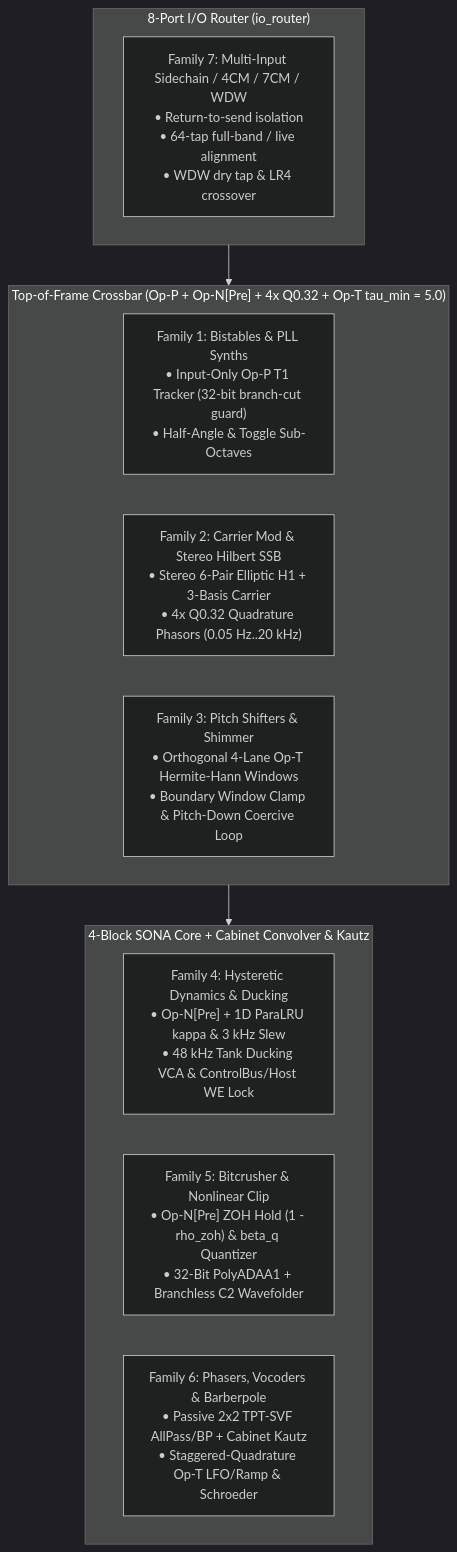
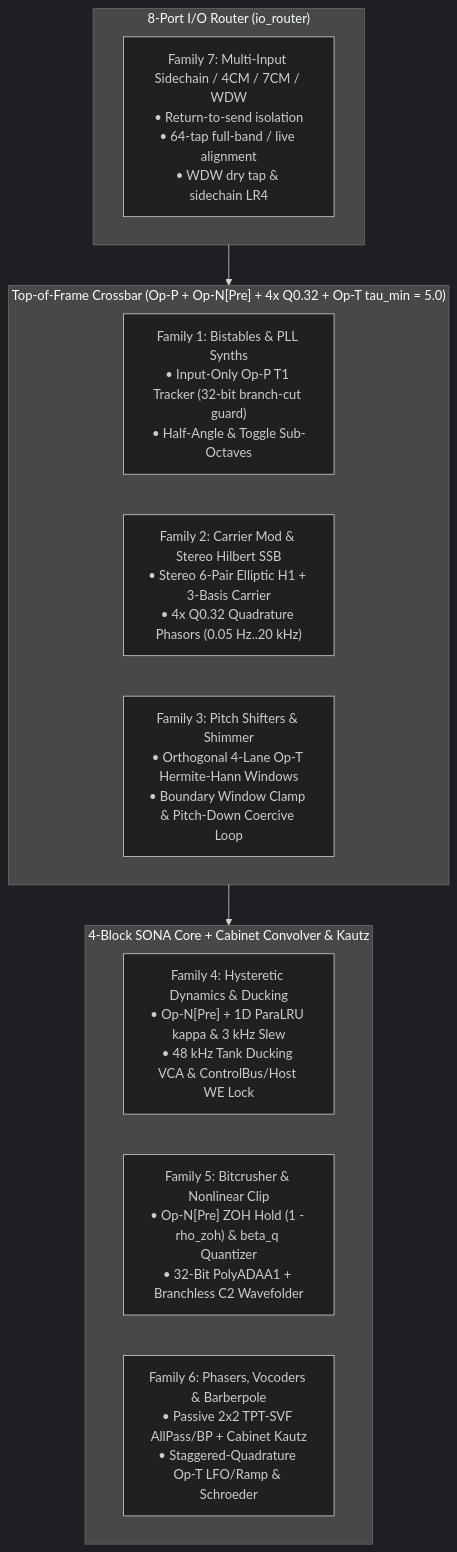
The seventh of 7 diagrams in docs/specs/architecture/sona_architecture.md (mokugen/dnam), drawn with Mermaid (dark theme) before and after one commit. The commit also changed other lines of this file and 11 other files, not shown here.

````diff
--- a/docs/specs/architecture/sona_architecture.md
+++ b/docs/specs/architecture/sona_architecture.md
@@ -603,20 +629,20 @@
 ```mermaid
 flowchart TD
     subgraph IoRouter ["8-Port I/O Router (io_router)"]
-        F7["Family 7: Multi-Input Sidechain / 4CM / 7CM / WDW<br/>• Return-to-send isolation<br/>• 64-tap full-band / live alignment<br/>• WDW dry tap & LR4 crossover"]
+        F7["Family 7: Multi-Input Sidechain / 4CM / 7CM / WDW<br/>• Return-to-send isolation<br/>• 64-tap full-band / live alignment<br/>• WDW dry tap & sidechain LR4"]
     end
 
     subgraph Crossbar ["Top-of-Frame Crossbar (Op-P + Op-N[Pre] + 4x Q0.32 + Op-T tau_min = 5.0)"]
         F1["Family 1: Bistables & PLL Synths<br/>• Input-Only Op-P T1 Tracker (32-bit branch-cut guard)<br/>• Half-Angle & Toggle Sub-Octaves"]
         F2["Family 2: Carrier Mod & Stereo Hilbert SSB<br/>• Stereo 6-Pair Elliptic H1 + 3-Basis Carrier<br/>• 4x Q0.32 Quadrature Phasors (0.05 Hz..20 kHz)"]
         F3["Family 3: Pitch Shifters & Shimmer<br/>• Orthogonal 4-Lane Op-T Hermite-Hann Windows<br/>• Boundary Window Clamp & Pitch-Down Coercive Loop"]
     end
 
     subgraph CoreAndCab ["4-Block SONA Core + Cabinet Convolver & Kautz"]
         F4["Family 4: Hysteretic Dynamics & Ducking<br/>• Op-N[Pre] + 1D ParaLRU kappa & 3 kHz Slew<br/>• 48 kHz Tank Ducking VCA & ControlBus/Host WE Lock"]
         F5["Family 5: Bitcrusher & Nonlinear Clip<br/>• Op-N[Pre] ZOH Hold (1 - rho_zoh) & beta_q Quantizer<br/>• 32-Bit PolyADAA1 + Branchless C2 Wavefolder"]
         F6["Family 6: Phasers, Vocoders & Barberpole<br/>• Passive 2x2 TPT-SVF AllPass/BP + Cabinet Kautz<br/>• Staggered-Quadrature Op-T LFO/Ramp & Schroeder"]
     end
 
     IoRouter --> Crossbar --> CoreAndCab
 ```
````
